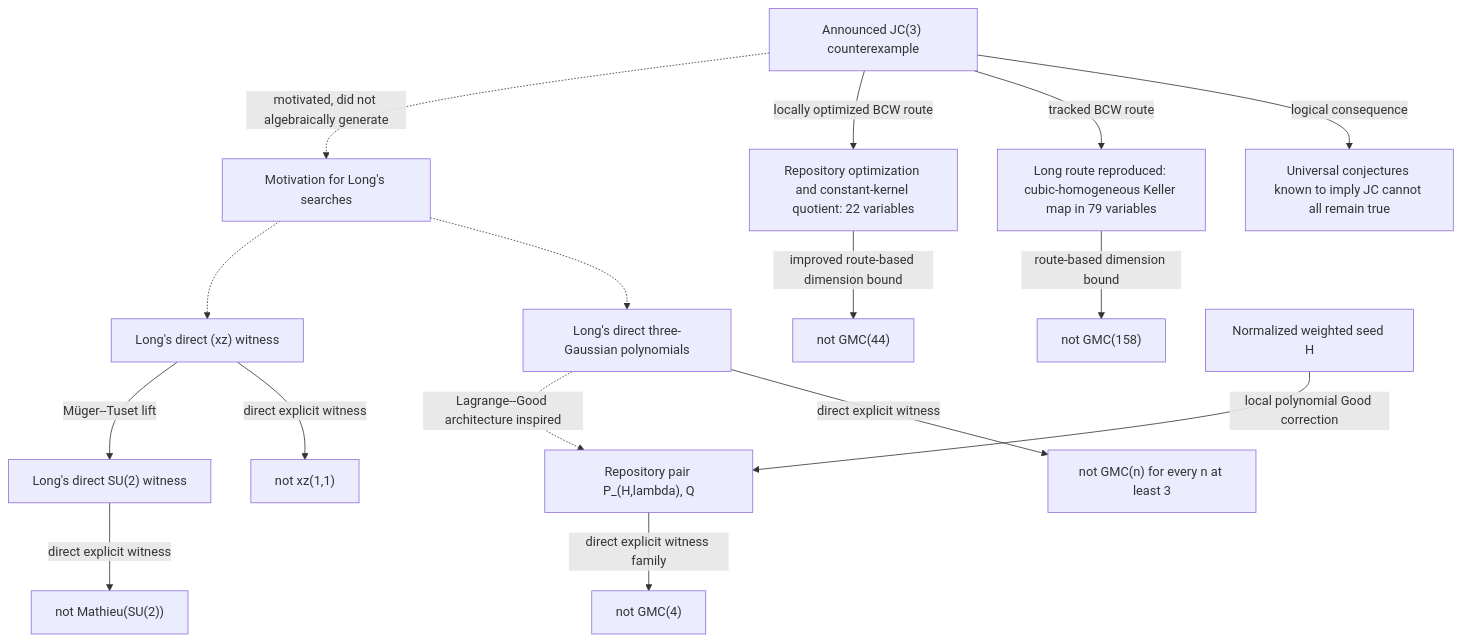
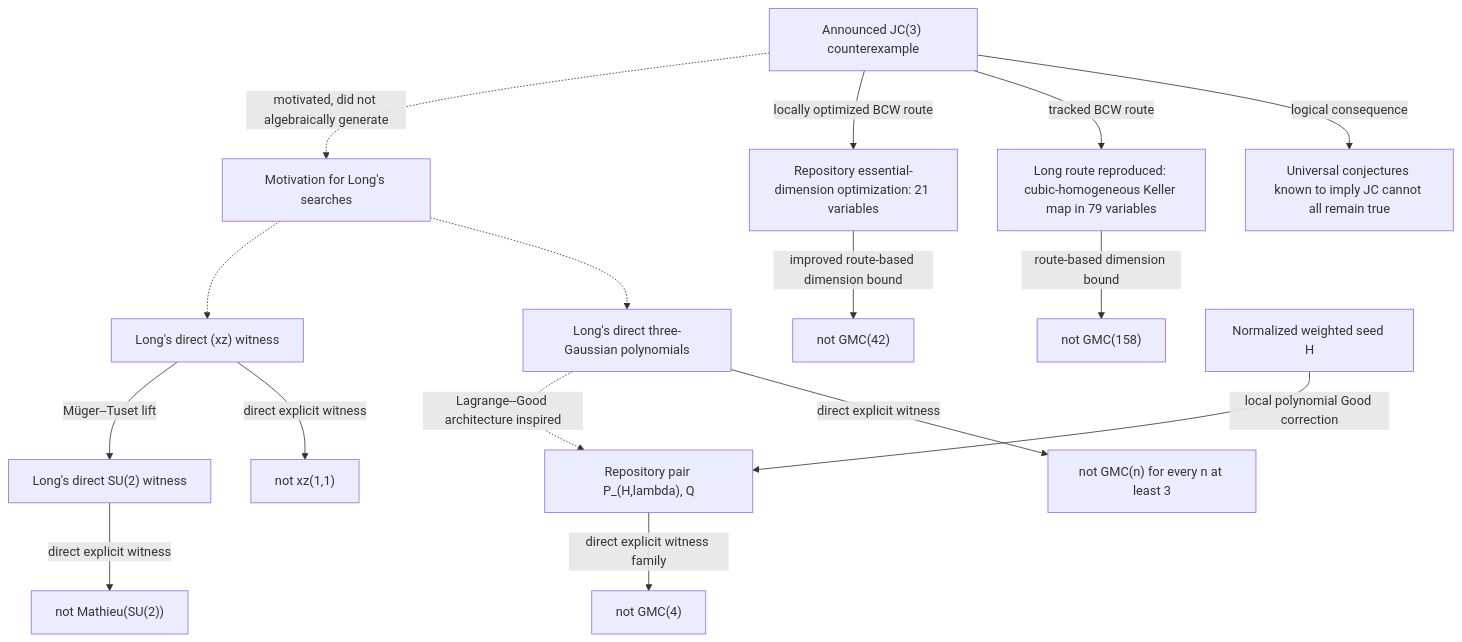
Before and after one commit to royvanrijn/jacobian-research: the diagram in extended-geometry/EXTERNAL_CONSEQUENCES_AND_PROVENANCE.md, drawn with Mermaid. The commit also changed other lines of this file and 32 other files, not shown here.

````diff
--- a/extended-geometry/EXTERNAL_CONSEQUENCES_AND_PROVENANCE.md
+++ b/extended-geometry/EXTERNAL_CONSEQUENCES_AND_PROVENANCE.md
@@ -21,35 +21,35 @@
 ```mermaid
 flowchart TD
     J["Announced JC(3) counterexample"]
     U["Universal conjectures known to imply JC cannot all remain true"]
     B["Long route reproduced: cubic-homogeneous Keller map in 79 variables"]
     R["not GMC(158)"]
-    BO["Repository optimization and constant-kernel quotient: 22 variables"]
-    RO["not GMC(44)"]
+    BO["Repository essential-dimension optimization: 21 variables"]
+    RO["not GMC(42)"]
     M["Motivation for Long's searches"]
     GP["Long's direct three-Gaussian polynomials"]
     G["not GMC(n) for every n at least 3"]
     XP["Long's direct (xz) witness"]
     X["not xz(1,1)"]
     SP["Long's direct SU(2) witness"]
     S["not Mathieu(SU(2))"]
     WH["Normalized weighted seed H"]
     WP["Repository pair P_(H,lambda), Q"]
     WG["not GMC(4)"]
 
     J -->|"logical consequence"| U
     J -->|"tracked BCW route"| B
     B -->|"route-based dimension bound"| R
     J -->|"locally optimized BCW route"| BO
     BO -->|"improved route-based dimension bound"| RO
     J -.->|"motivated, did not algebraically generate"| M
     M -.-> GP
     M -.-> XP
     GP -->|"direct explicit witness"| G
     XP -->|"direct explicit witness"| X
     SP -->|"direct explicit witness"| S
     XP -->|"Müger--Tuset lift"| SP
     WH -->|"local polynomial Good correction"| WP
     WP -->|"direct explicit witness family"| WG
     GP -.->|"Lagrange--Good architecture inspired"| WP
 ```
````
